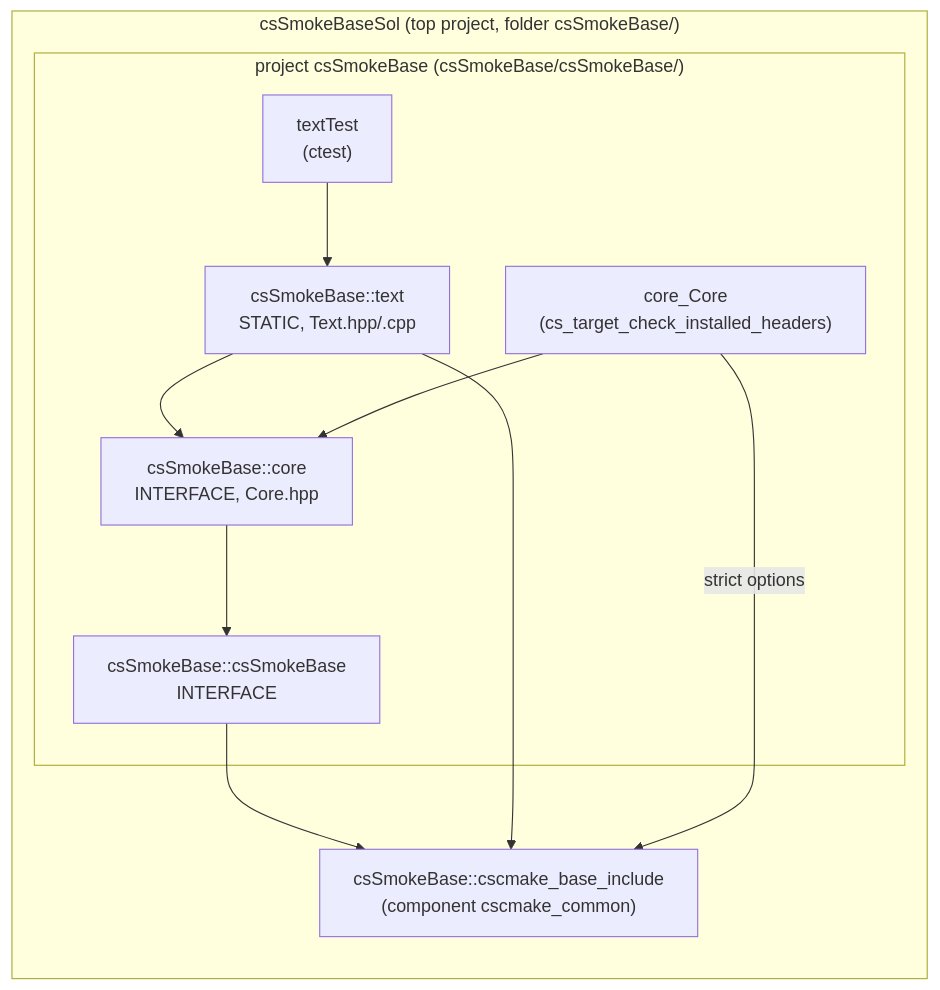
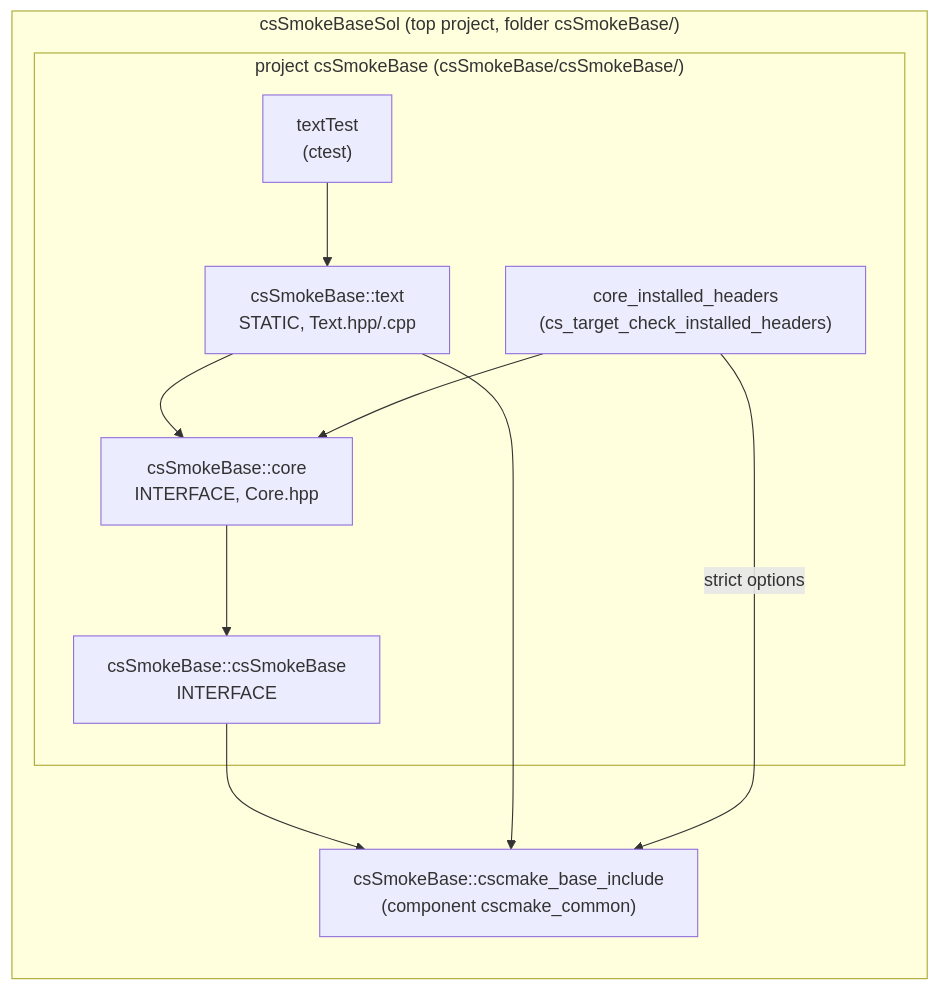
One commit to cscosine/csCMake changed the second of 3 diagrams in docs/advanced/smoke-tests.md. Above: the diagram before and after it, drawn with Mermaid. The commit also changed 7 other files, not shown here.

First line of the commit message:
Phase 6a B1, B6: installed header check, relative interface sources

````diff
--- a/docs/advanced/smoke-tests.md
+++ b/docs/advanced/smoke-tests.md
@@ -47,20 +47,20 @@
 ```mermaid
 flowchart BT
     subgraph sol["csSmokeBaseSol (top project, folder csSmokeBase/)"]
         common["csSmokeBase::cscmake_base_include<br/>(component cscmake_common)"]
         subgraph pkg["project csSmokeBase (csSmokeBase/csSmokeBase/)"]
             root["csSmokeBase::csSmokeBase<br/>INTERFACE"]
             core["csSmokeBase::core<br/>INTERFACE, Core.hpp"]
             text["csSmokeBase::text<br/>STATIC, Text.hpp/.cpp"]
             textTest["textTest<br/>(ctest)"]
-            shc["core_Core<br/>(cs_target_check_installed_headers)"]
+            shc["core_installed_headers<br/>(cs_target_check_installed_headers)"]
         end
     end
     root --> common
     core --> root
     text --> core
     text --> common
     textTest --> text
     shc --> core
     shc -->|strict options| common
 ```
````
